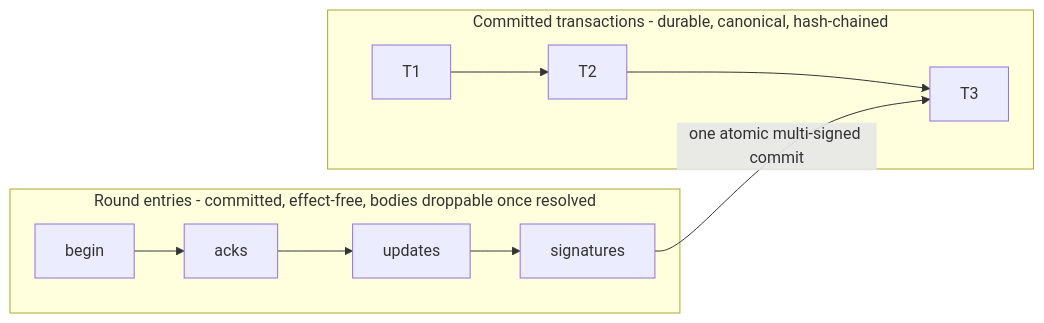
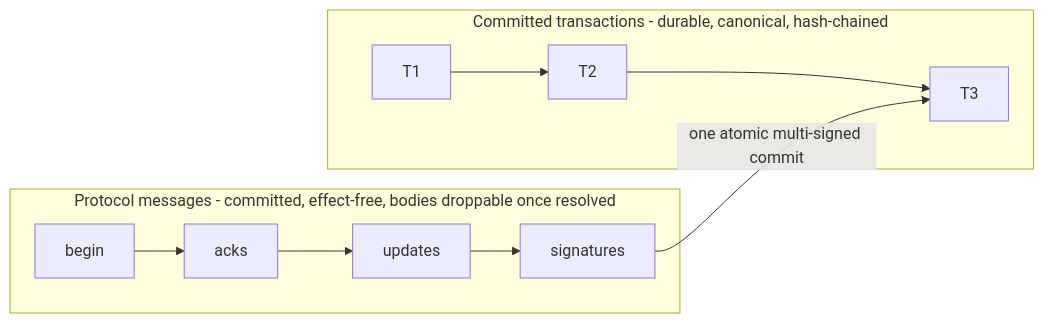
Before and after one commit to chughtapan/moltzap: the second of 2 diagrams in docs/spec/data-plane.md, drawn with Mermaid. The commit also changed other lines of this file and 13 other files, not shown here.

````diff
--- a/docs/spec/data-plane.md
+++ b/docs/spec/data-plane.md
@@ -182,10 +182,10 @@
 ```mermaid
 flowchart LR
-  subgraph Rounds["Round entries - committed, effect-free, bodies droppable once resolved"]
+  subgraph Rounds["Protocol messages - committed, effect-free, bodies droppable once resolved"]
     P[begin] --> K[acks] --> X[updates] --> S[signatures]
   end
   subgraph Ledger["Committed transactions - durable, canonical, hash-chained"]
     T1[T1] --> T2[T2] --> T3[T3]
   end
   S -- "one atomic multi-signed commit" --> T3
 ```
````
